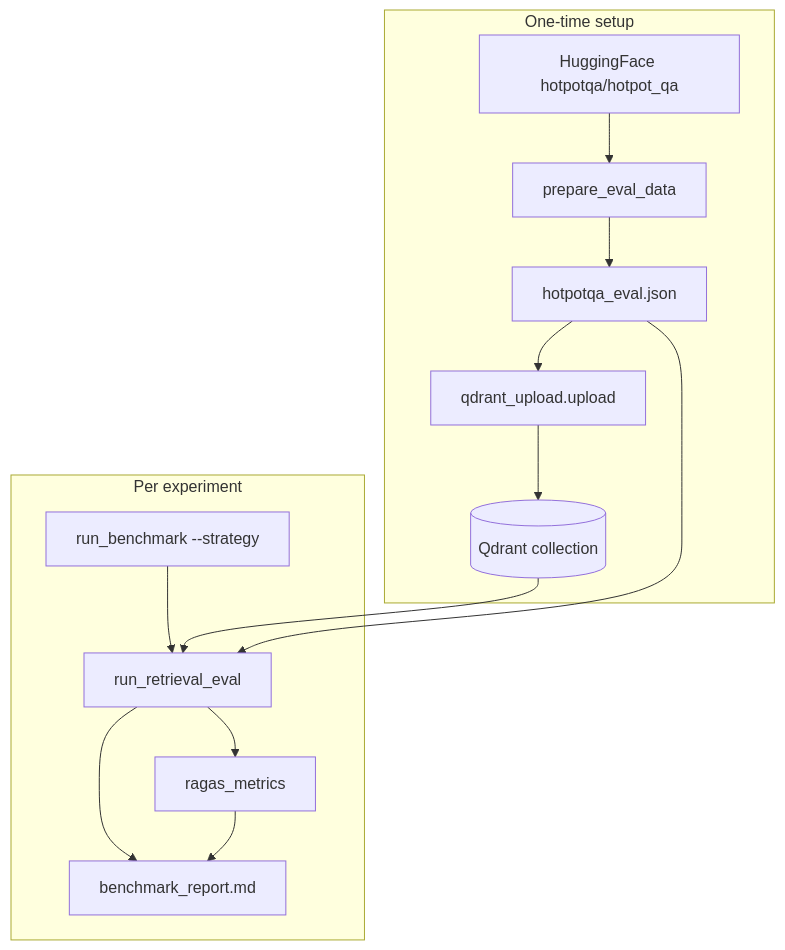
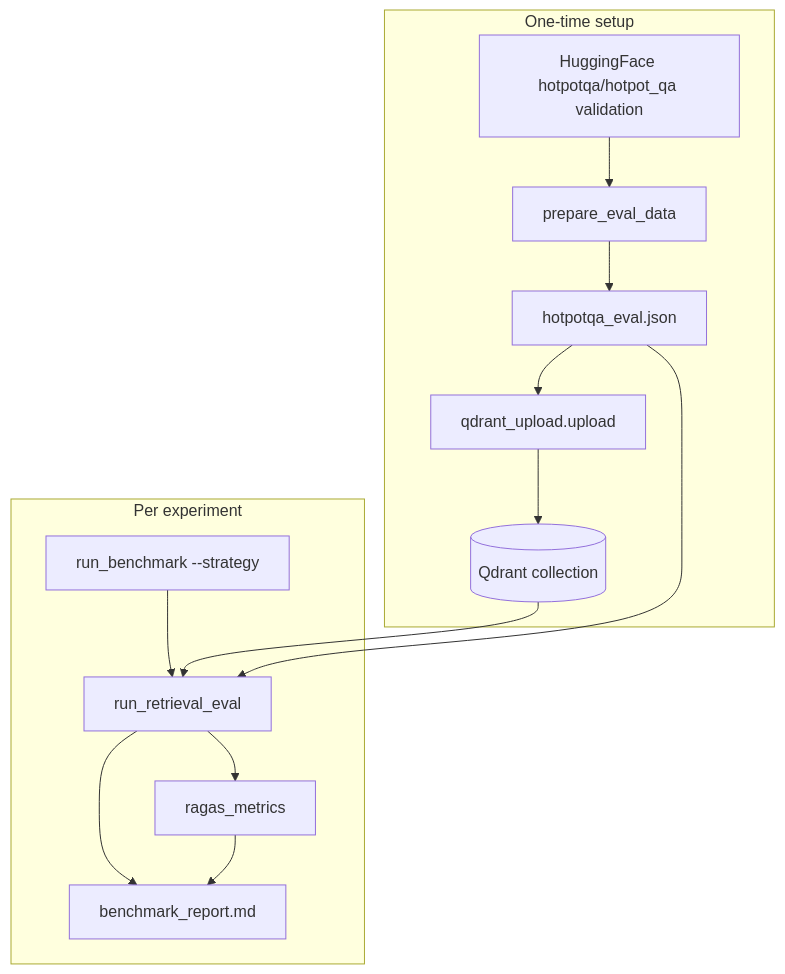
One commit to PalashJauhari/RAG changed the diagram in benchmarking/hotpotqa/README.md. Above: the diagram before and after it, drawn with Mermaid. The commit also changed other lines of this file and 1 other file, not shown here.

````diff
--- a/benchmarking/hotpotqa/README.md
+++ b/benchmarking/hotpotqa/README.md
@@ -44,22 +60,22 @@
 ```mermaid
 flowchart TB
   subgraph setup [One-time setup]
-    HF["HuggingFace hotpotqa/hotpot_qa"]
+    HF["HuggingFace hotpotqa/hotpot_qa validation"]
     Prep["prepare_eval_data"]
     JSON["hotpotqa_eval.json"]
     Upload["qdrant_upload.upload"]
     Qdrant[(Qdrant collection)]
     HF --> Prep --> JSON --> Upload --> Qdrant
   end
   subgraph run [Per experiment]
     Bench["run_benchmark --strategy"]
     Ret["run_retrieval_eval"]
     Ragas["ragas_metrics"]
     Report["benchmark_report.md"]
     Bench --> Ret --> Ragas
     Ret --> Report
     Ragas --> Report
   end
   Qdrant --> Ret
   JSON --> Ret
 ```
````
